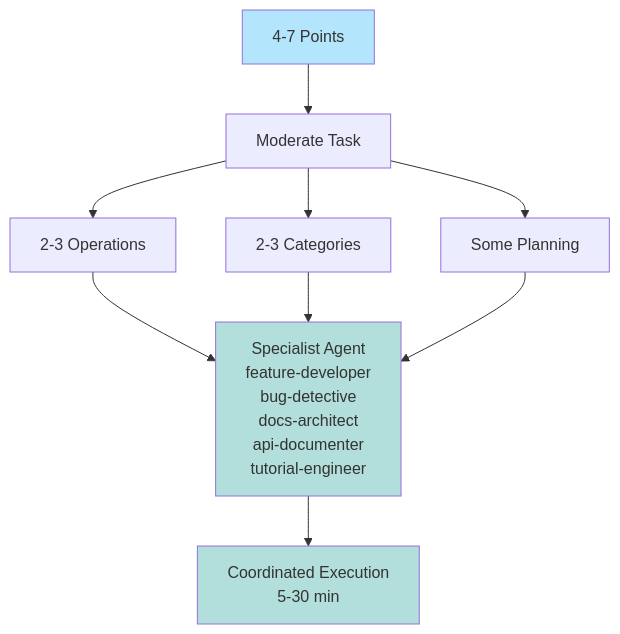
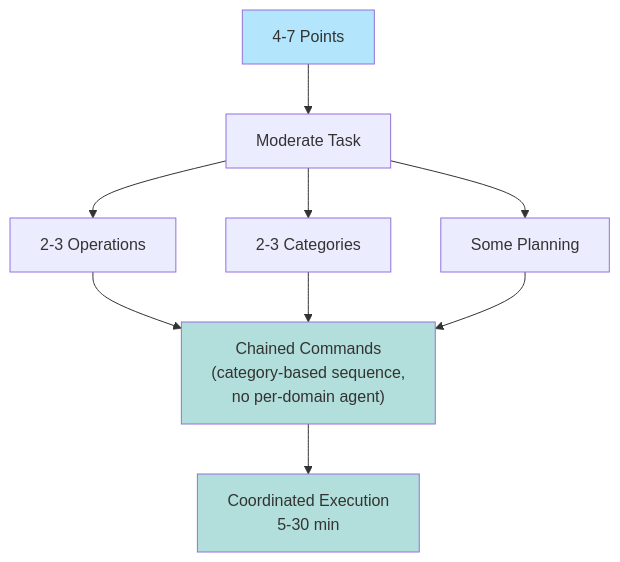
One commit to Data-Wise/craft changed the sixth of 8 diagrams in docs/guide/complexity-scoring-algorithm.md. Above: the diagram before and after it, drawn with Mermaid. The commit also changed other lines of this file and 51 other files, not shown here.

````diff
--- a/docs/guide/complexity-scoring-algorithm.md
+++ b/docs/guide/complexity-scoring-algorithm.md
@@ -381,17 +383,17 @@
 ```mermaid
 graph TD
     A["4-7 Points"] --> B["Moderate Task"]
     B --> C["2-3 Operations"]
     B --> D["2-3 Categories"]
     B --> E["Some Planning"]
 
-    C --> F["Specialist Agent<br/>feature-developer<br/>bug-detective<br/>docs-architect<br/>api-documenter<br/>tutorial-engineer"]
+    C --> F["Chained Commands<br/>(category-based sequence,<br/>no per-domain agent)"]
     D --> F
     E --> F
 
     F --> G["Coordinated Execution<br/>5-30 min"]
 
     style A fill:#b3e5fc
     style F fill:#b2dfdb
     style G fill:#b2dfdb
 ```
````
